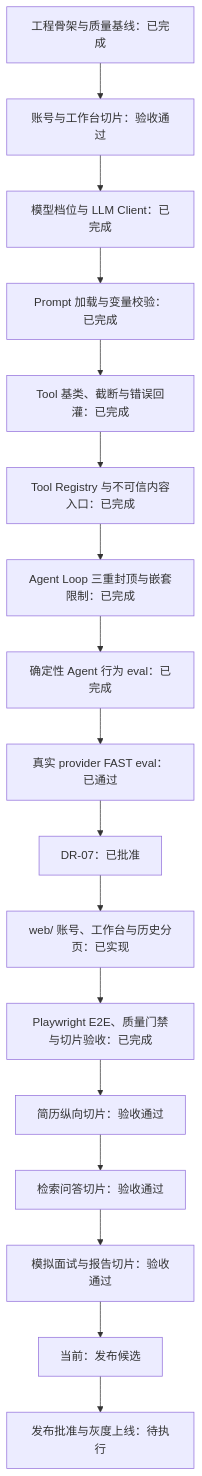
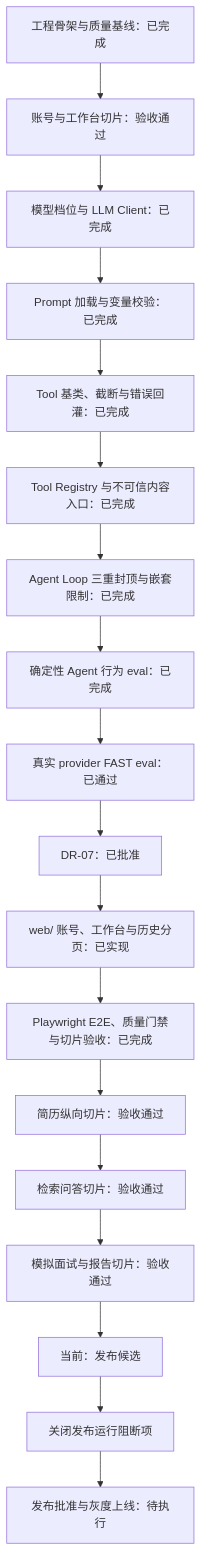
One commit to Rainloury/technical-interview-agent changed the diagram in docs/next-steps.md. Above: the diagram before and after it, drawn with Mermaid. The commit also changed other lines of this file and 12 other files, not shown here.

````diff
--- a/docs/next-steps.md
+++ b/docs/next-steps.md
@@ -55,19 +57,20 @@
 ```mermaid
 flowchart TD
     S0["工程骨架与质量基线：已完成"] --> N0["账号与工作台切片：验收通过"]
     N0 --> N1["模型档位与 LLM Client：已完成"]
     N1 --> N2["Prompt 加载与变量校验：已完成"]
     N2 --> N3["Tool 基类、截断与错误回灌：已完成"]
     N3 --> N4["Tool Registry 与不可信内容入口：已完成"]
     N4 --> N5["Agent Loop 三重封顶与嵌套限制：已完成"]
     N5 --> N6["确定性 Agent 行为 eval：已完成"]
     N6 --> N7["真实 provider FAST eval：已通过"]
     N7 --> N8["DR-07：已批准"]
     N8 --> N9["web/ 账号、工作台与历史分页：已实现"]
     N9 --> N10["Playwright E2E、质量门禁与切片验收：已完成"]
     N10 --> N11["简历纵向切片：验收通过"]
     N11 --> N12["检索问答切片：验收通过"]
     N12 --> N13["模拟面试与报告切片：验收通过"]
     N13 --> N14["当前：发布候选"]
-    N14 --> N15["发布批准与灰度上线：待执行"]
+    N14 --> N15["关闭发布运行阻断项"]
+    N15 --> N16["发布批准与灰度上线：待执行"]
 ```
````
